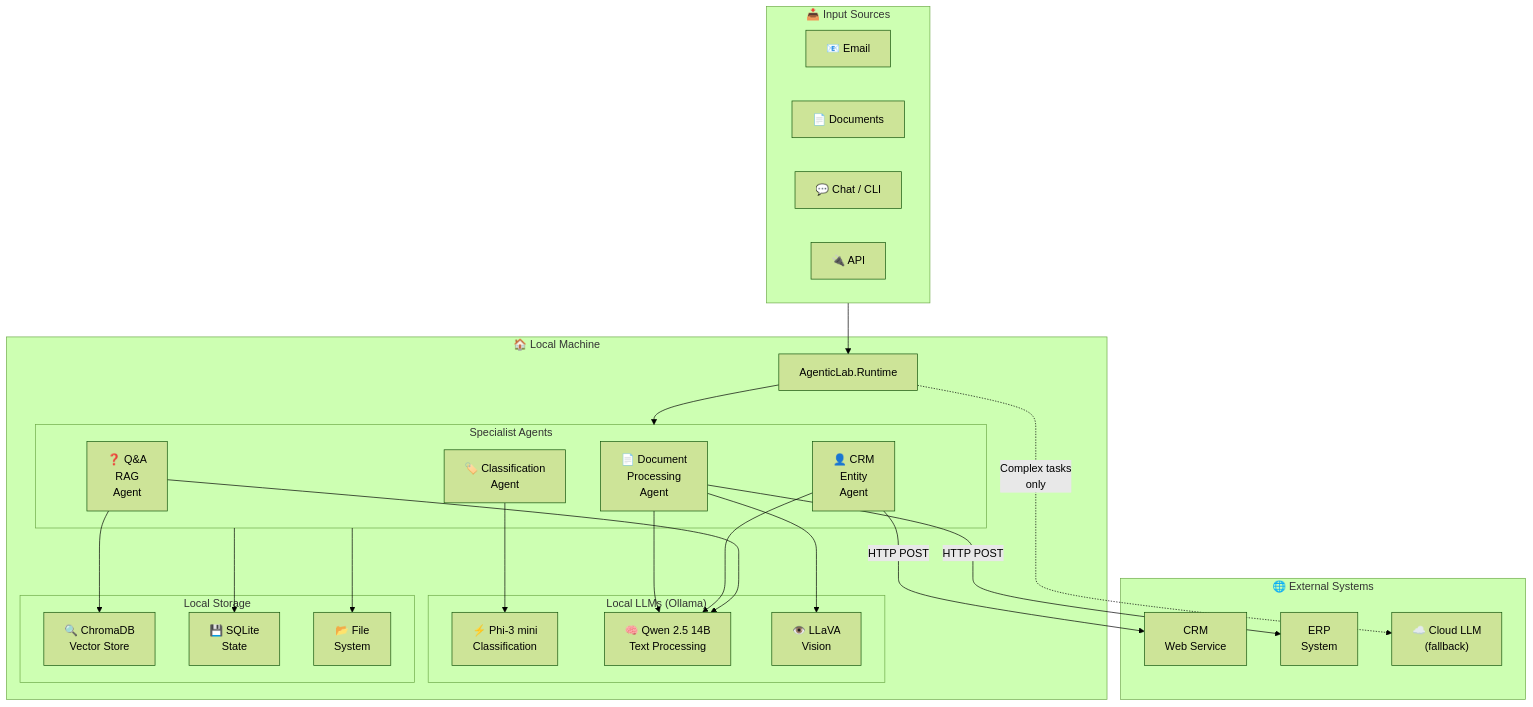
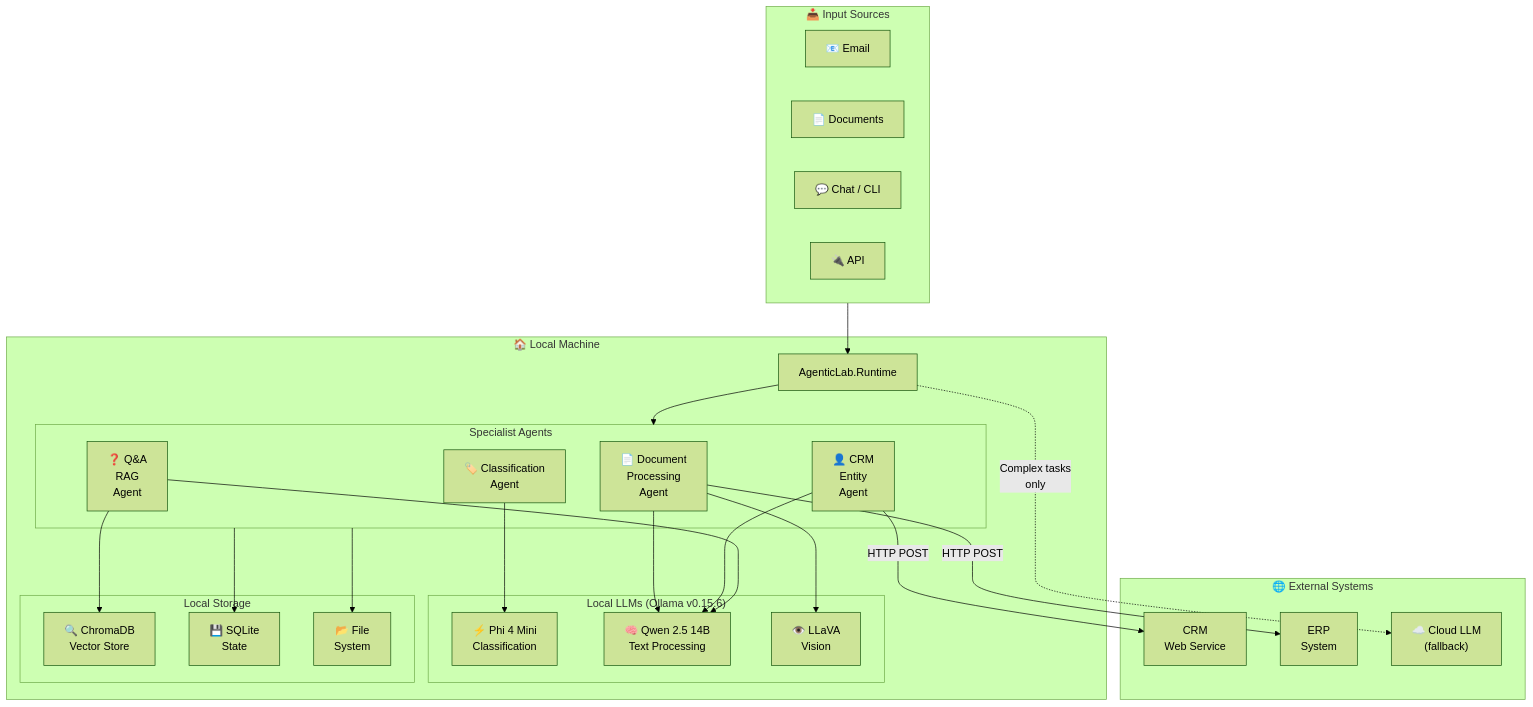
The fourth of 10 diagrams in docs/local-llm-rag-specialist-agents.md (Hrabi/agentinc-lab), drawn with Mermaid (forest theme) before and after one commit. The commit also changed other lines of this file and 8 other files, not shown here.

````diff
--- a/docs/local-llm-rag-specialist-agents.md
+++ b/docs/local-llm-rag-specialist-agents.md
@@ -660,54 +660,54 @@
 ```mermaid
 flowchart TB
     subgraph Input["📥 Input Sources"]
         Email["📧 Email"]
         Files["📄 Documents"]
         Chat["💬 Chat / CLI"]
         API["🔌 API"]
     end
 
     subgraph Local["🏠 Local Machine"]
         Runtime["AgenticLab.Runtime"]
         
         subgraph Agents["Specialist Agents"]
             DocAgent["📄 Document<br/>Processing<br/>Agent"]
             CrmAgent["👤 CRM<br/>Entity<br/>Agent"]
             QAAgent["❓ Q&A<br/>RAG<br/>Agent"]
             ClassAgent["🏷️ Classification<br/>Agent"]
         end
         
-        subgraph Models["Local LLMs (Ollama)"]
-            SLM2["⚡ Phi-3 mini<br/>Classification"]
+        subgraph Models["Local LLMs (Ollama v0.15.6)"]
+            SLM2["⚡ Phi 4 Mini<br/>Classification"]
             GPT2["🧠 Qwen 2.5 14B<br/>Text Processing"]
             VLM2["👁️ LLaVA<br/>Vision"]
         end
         
         subgraph Storage["Local Storage"]
             VectorDB["🔍 ChromaDB<br/>Vector Store"]
             SQLite["💾 SQLite<br/>State"]
             FileStore["📂 File<br/>System"]
         end
     end
 
     subgraph External["🌐 External Systems"]
         CRM["CRM<br/>Web Service"]
         ERP["ERP<br/>System"]
         CloudLLM["☁️ Cloud LLM<br/>(fallback)"]
     end
 
     Input --> Runtime
     Runtime --> Agents
     DocAgent --> GPT2
     DocAgent --> VLM2
     CrmAgent --> GPT2
     QAAgent --> GPT2
     QAAgent --> VectorDB
     ClassAgent --> SLM2
     
     CrmAgent -->|"HTTP POST"| CRM
     DocAgent -->|"HTTP POST"| ERP
     Runtime -.->|"Complex tasks<br/>only"| CloudLLM
     
     Agents --> SQLite
     Agents --> FileStore
 ```
````
